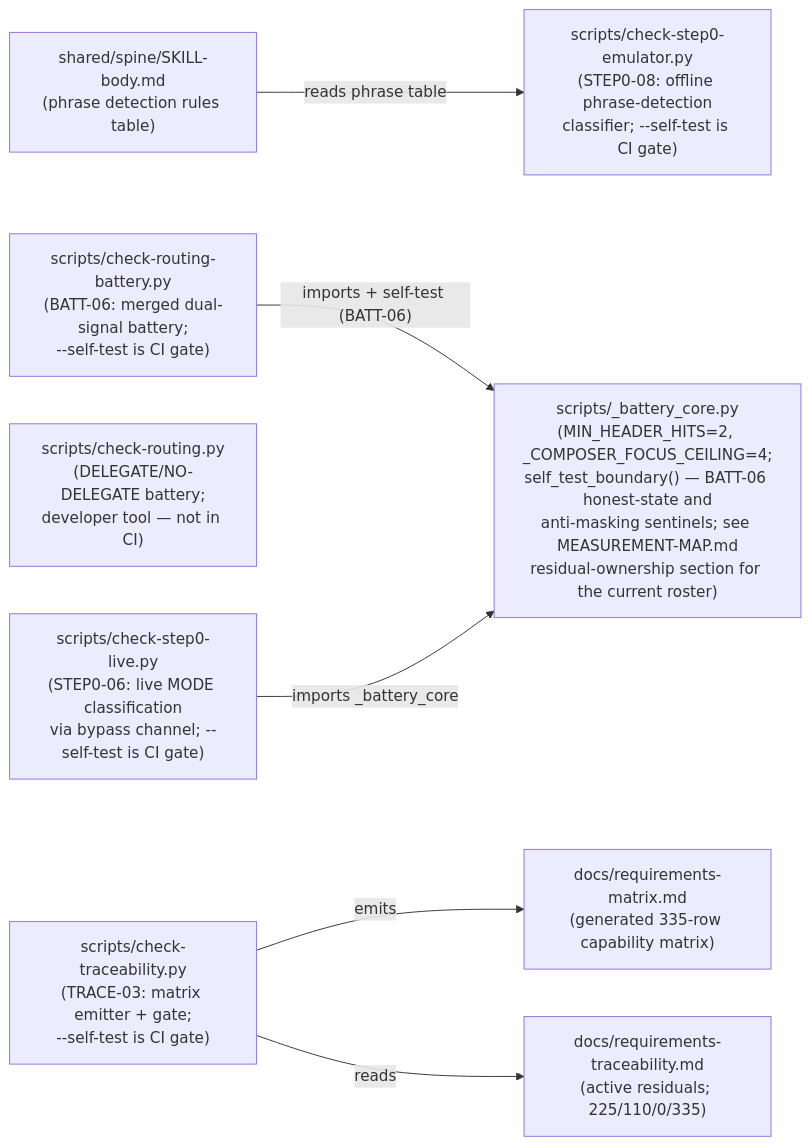
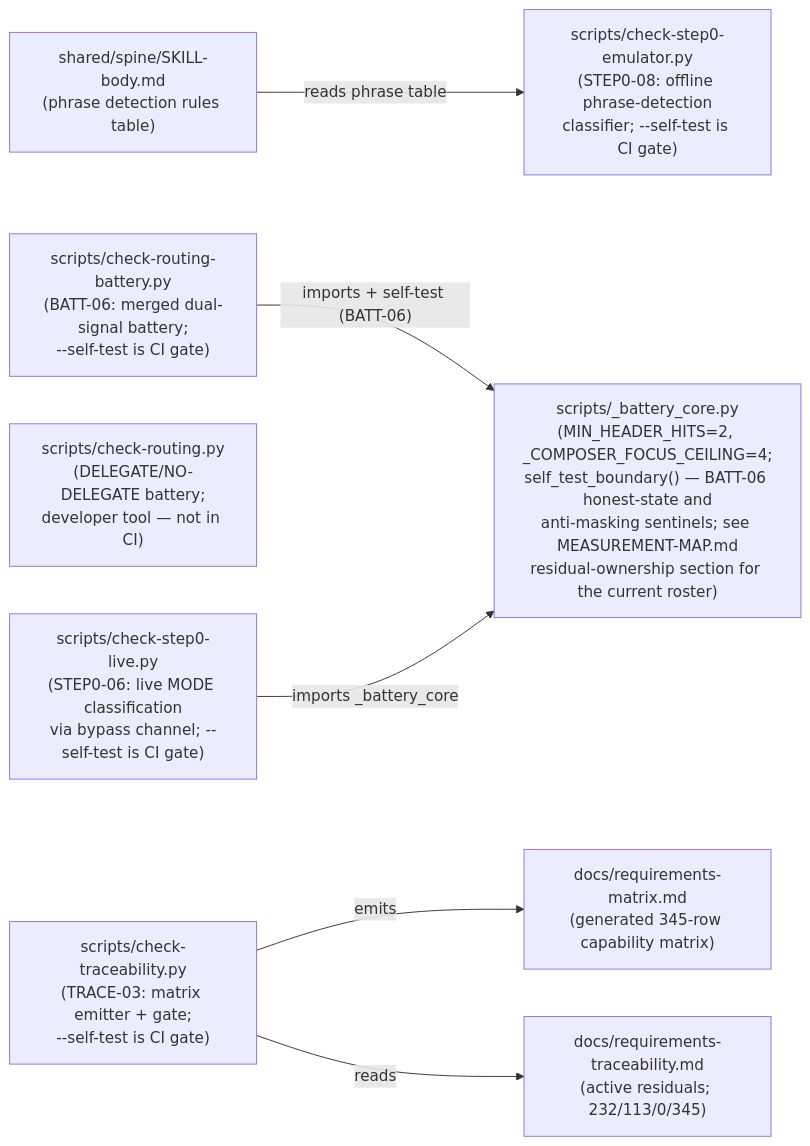
Before and after one commit to chrisdavidson/first-principles-skill: the second of 2 diagrams in docs/COMPONENT-DIAGRAM.md, drawn with Mermaid. The commit also changed 10 other files, not shown here.

````diff
--- a/docs/COMPONENT-DIAGRAM.md
+++ b/docs/COMPONENT-DIAGRAM.md
@@ -84,24 +84,24 @@
 ```mermaid
 flowchart LR
     SKILLBODY["shared/spine/SKILL-body.md\n(phrase detection rules table)"]
 
     CORE["scripts/_battery_core.py\n(MIN_HEADER_HITS=2, _COMPOSER_FOCUS_CEILING=4;\nself_test_boundary() — BATT-06 honest-state and\nanti-masking sentinels; see MEASUREMENT-MAP.md\nresidual-ownership section for the current roster)"]
 
     BATT["scripts/check-routing-battery.py\n(BATT-06: merged dual-signal battery;\n--self-test is CI gate)"]
     ROUTING["scripts/check-routing.py\n(DELEGATE/NO-DELEGATE battery;\ndeveloper tool — not in CI)"]
 
     EMU["scripts/check-step0-emulator.py\n(STEP0-08: offline phrase-detection\nclassifier; --self-test is CI gate)"]
     LIVE["scripts/check-step0-live.py\n(STEP0-06: live MODE classification\nvia bypass channel; --self-test is CI gate)"]
 
     TRACE["scripts/check-traceability.py\n(TRACE-03: matrix emitter + gate;\n--self-test is CI gate)"]
-    MATRIX["docs/requirements-matrix.md\n(generated 335-row capability matrix)"]
-    TRACEABILITY["docs/requirements-traceability.md\n(active residuals; 225/110/0/335)"]
+    MATRIX["docs/requirements-matrix.md\n(generated 345-row capability matrix)"]
+    TRACEABILITY["docs/requirements-traceability.md\n(active residuals; 232/113/0/345)"]
 
     SKILLBODY -->|"reads phrase table"| EMU
 
     BATT -->|"imports + self-test (BATT-06)"| CORE
     LIVE -->|"imports _battery_core"| CORE
 
     TRACE -->|"emits"| MATRIX
     TRACE -->|"reads"| TRACEABILITY
 ```
````
